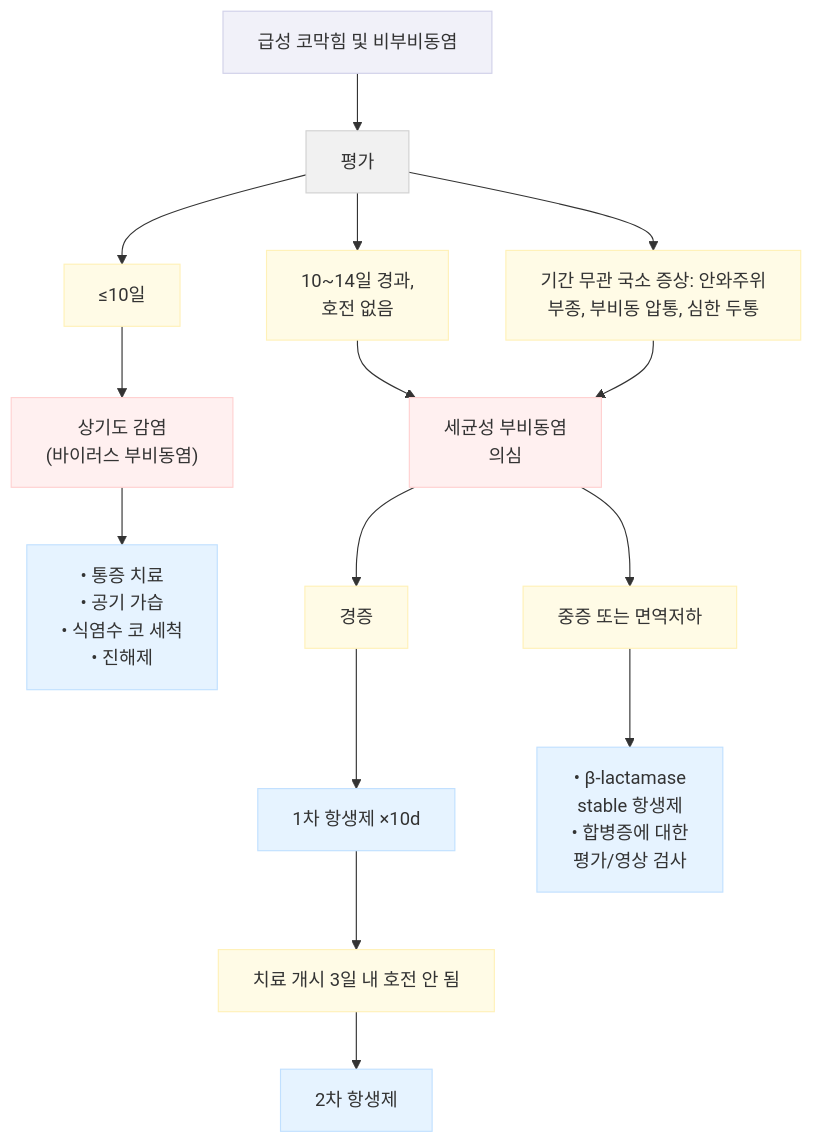
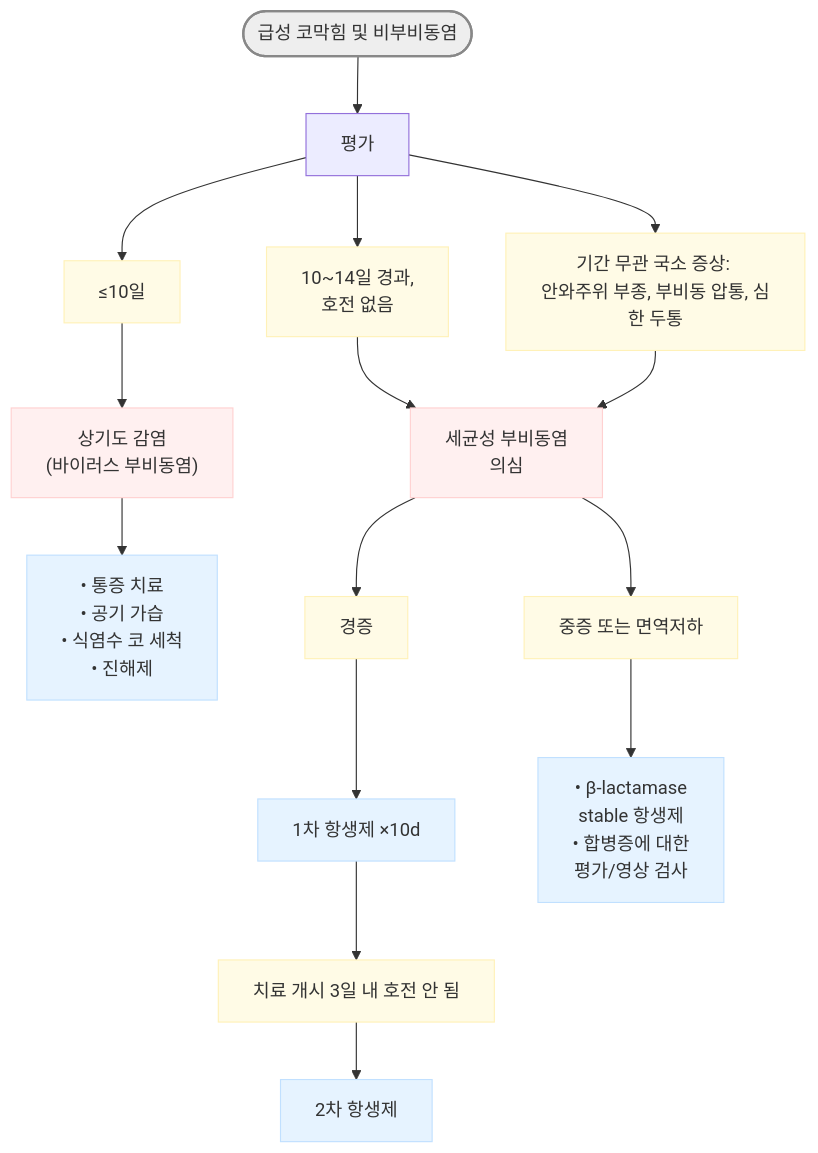
One commit to familyoh77/familyoh77 changed the diagram in 223_/060_-common-cold.md. Above: the diagram before and after it, drawn with Mermaid. The commit also changed other lines of this file, not shown here.

````diff
--- a/223_/060_-common-cold.md
+++ b/223_/060_-common-cold.md
@@ -396,65 +347,66 @@
 ```mermaid
 graph TD
     %% 노드 정의
-    StartNode["급성 코막힘 및 비부비동염"]
+    StartNode(["급성 코막힘 및 비부비동염"])
     EvalNode["평가"]
 
     %% 첫 번째 분기
     Under10["≤10일"]
     URINode["상기도 감염<br/>(바이러스 부비동염)"]
     URITreat["• 통증 치료<br/>• 공기 가습<br/>• 식염수 코 세척<br/>• 진해제"]
 
     %% 두 번째 분기
     Day1014["10~14일 경과,<br/>호전 없음"]
 
     %% 세 번째 분기
-    SevereSymptom["기간 무관 국소 증상: 안와주위<br/>부종, 부비동 압통, 심한 두통"]
+    SevereSymptom["기간 무관 국소 증상: <br/>안와주위 부종, 부비동 압통, 심한 두통"]
 
     %% 세균성 판단 및 후속 조치
     BacterialNode["세균성 부비동염<br/>의심"]
     
     Mild["경증"]
     FirstAntibiotics["1차 항생제 ×10d"]
     NoImprovement["치료 개시 3일 내 호전 안 됨"]
     SecondAntibiotics["2차 항생제"]
 
     Severe["중증 또는 면역저하"]
     StableAntibiotics["• β-lactamase<br/>stable 항생제<br/>• 합병증에 대한<br/>평가/영상 검사"]
 
     %% 연결 관계
     StartNode --> EvalNode
     
     EvalNode --> Under10
     Under10 --> URINode
     URINode --> URITreat
 
     EvalNode --> Day1014
     EvalNode --> SevereSymptom
 
     Day1014 --> BacterialNode
     SevereSymptom --> BacterialNode
 
     BacterialNode --> Mild
     Mild --> FirstAntibiotics
     FirstAntibiotics --> NoImprovement
     NoImprovement --> SecondAntibiotics
 
     BacterialNode --> Severe
     Severe --> StableAntibiotics
 
     %% 스타일링
-    style StartNode fill:#f1f1f9,stroke:#d1d1e9
-    style EvalNode fill:#f1f1f1,stroke:#d1d1d1
+style StartNode fill:#eeeeee,stroke:#888888,stroke-width:2px
+
+
     style URINode fill:#fff0f0,stroke:#ffd1d1
     style BacterialNode fill:#fff0f0,stroke:#ffd1d1
     style URITreat fill:#e6f3ff,stroke:#c1e0ff
     style StableAntibiotics fill:#e6f3ff,stroke:#c1e0ff
     style FirstAntibiotics fill:#e6f3ff,stroke:#c1e0ff
     style SecondAntibiotics fill:#e6f3ff,stroke:#c1e0ff
     style Under10 fill:#fffbe6,stroke:#fff1b8
     style Day1014 fill:#fffbe6,stroke:#fff1b8
     style SevereSymptom fill:#fffbe6,stroke:#fff1b8
     style Mild fill:#fffbe6,stroke:#fff1b8
     style Severe fill:#fffbe6,stroke:#fff1b8
     style NoImprovement fill:#fffbe6,stroke:#fff1b8
 ```
````
